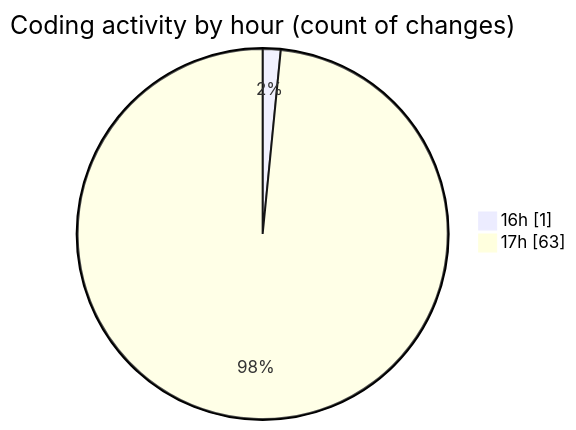
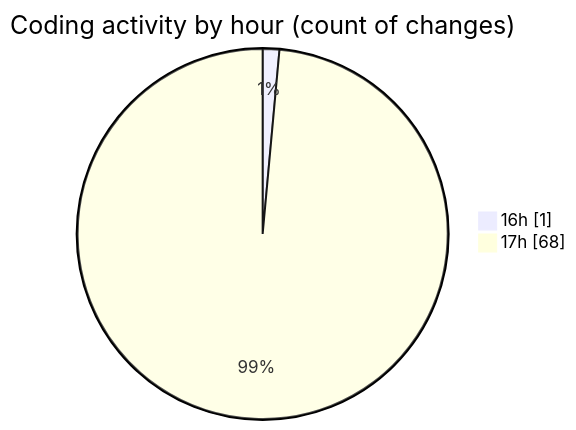
One commit to idhammustaqopulfikri/code-tracking changed the second of 2 diagrams in 2025-05-27/studio-backend/README.md. Above: the diagram before and after it, drawn with Mermaid. The commit also changed other lines of this file and 1 other file, not shown here.

````diff
--- a/2025-05-27/studio-backend/README.md
+++ b/2025-05-27/studio-backend/README.md
@@ -58,6 +61,6 @@
 ```mermaid
 pie showData
 title Coding activity by hour (count of changes)
 "16h" : 1
-"17h" : 63
+"17h" : 68
 ```
````
